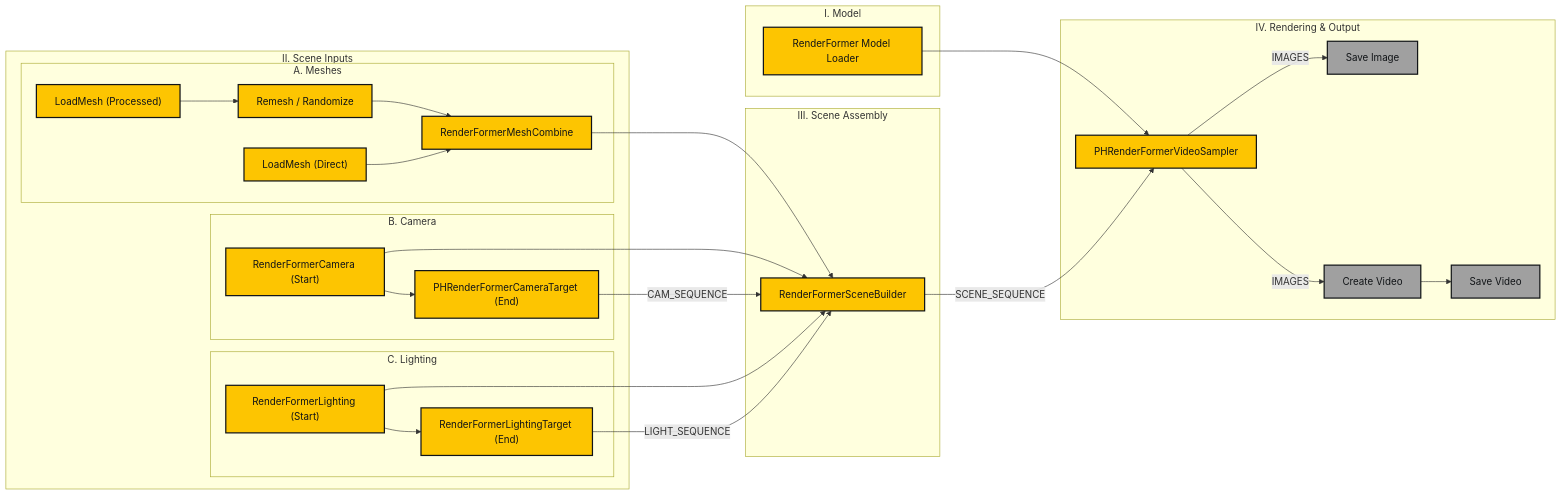
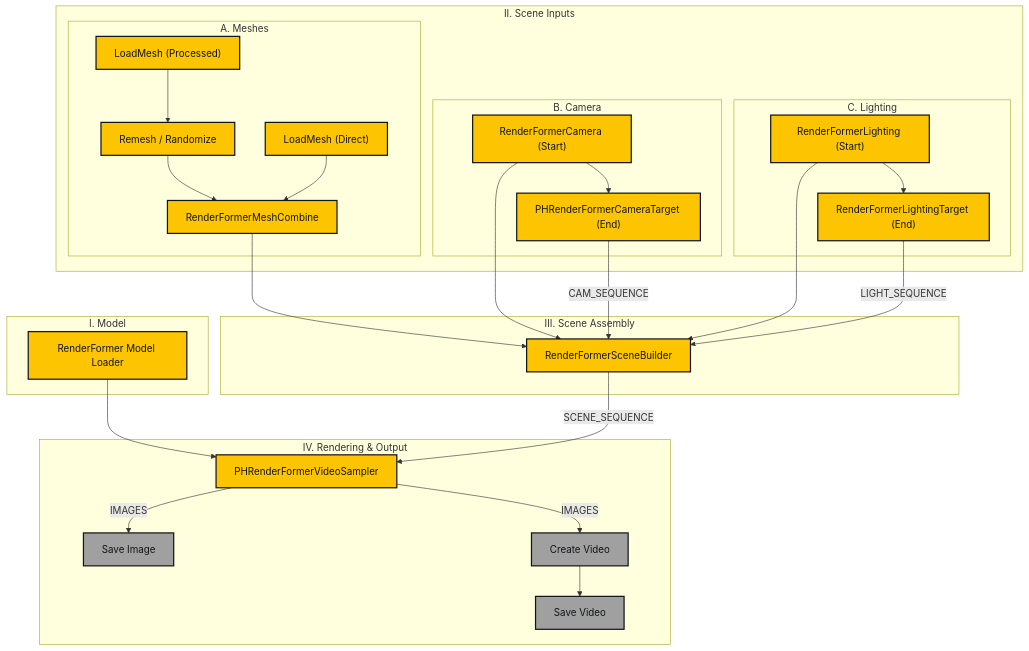
One commit to paulh4x/ComfyUI_PHRenderFormerWrapper changed the second of 2 diagrams in README.md. Above: the diagram before and after it, drawn with Mermaid.

````diff
--- a/README.md
+++ b/README.md
@@ -130,52 +130,52 @@
 ```mermaid
-graph LR
+graph TD
     subgraph "I. Model"
         ModelLoader["RenderFormer Model Loader"]
     end
 
     subgraph "II. Scene Inputs"
         subgraph "A. Meshes"
             Mesh1["LoadMesh (Processed)"] --> Remesh["Remesh / Randomize"] --> Combine["RenderFormerMeshCombine"]
             Mesh2["LoadMesh (Direct)"] --> Combine
         end
         
         subgraph "B. Camera"
             CamStart["RenderFormerCamera (Start)"] --> CamEnd["PHRenderFormerCameraTarget (End)"]
         end
 
         subgraph "C. Lighting"
             LightStart["RenderFormerLighting (Start)"] --> LightEnd["RenderFormerLightingTarget (End)"]
         end
     end
 
     subgraph "III. Scene Assembly"
         Combine --> SceneBuilder["RenderFormerSceneBuilder"]
         CamStart --> SceneBuilder
         CamEnd -- CAM_SEQUENCE --> SceneBuilder
         LightStart --> SceneBuilder
         LightEnd -- LIGHT_SEQUENCE --> SceneBuilder
     end
 
     subgraph "IV. Rendering & Output"
         Sampler["PHRenderFormerVideoSampler"]
         ModelLoader --> Sampler
         SceneBuilder -- SCENE_SEQUENCE --> Sampler
         Sampler -- IMAGES --> SaveImg["Save Image"]
         Sampler -- IMAGES --> CreateVid["Create Video"] --> SaveVid["Save Video"]
     end
 
     style ModelLoader fill:#FDC501,stroke:#111417,stroke-width:2px,color:#111417
     style Mesh1 fill:#FDC501,stroke:#111417,stroke-width:2px,color:#111417
     style Mesh2 fill:#FDC501,stroke:#111417,stroke-width:2px,color:#111417
     style Remesh fill:#FDC501,stroke:#111417,stroke-width:2px,color:#111417
     style Combine fill:#FDC501,stroke:#111417,stroke-width:2px,color:#111417
     style CamStart fill:#FDC501,stroke:#111417,stroke-width:2px,color:#111417
     style CamEnd fill:#FDC501,stroke:#111417,stroke-width:2px,color:#111417
     style LightStart fill:#FDC501,stroke:#111417,stroke-width:2px,color:#111417
     style LightEnd fill:#FDC501,stroke:#111417,stroke-width:2px,color:#111417
     style SceneBuilder fill:#FDC501,stroke:#111417,stroke-width:2px,color:#111417
     style Sampler fill:#FDC501,stroke:#111417,stroke-width:2px,color:#111417
     style SaveImg fill:#a0a0a0,stroke:#111417,stroke-width:2px,color:#111417
     style CreateVid fill:#a0a0a0,stroke:#111417,stroke-width:2px,color:#111417
     style SaveVid fill:#a0a0a0,stroke:#111417,stroke-width:2px,color:#111417
 ```
````
